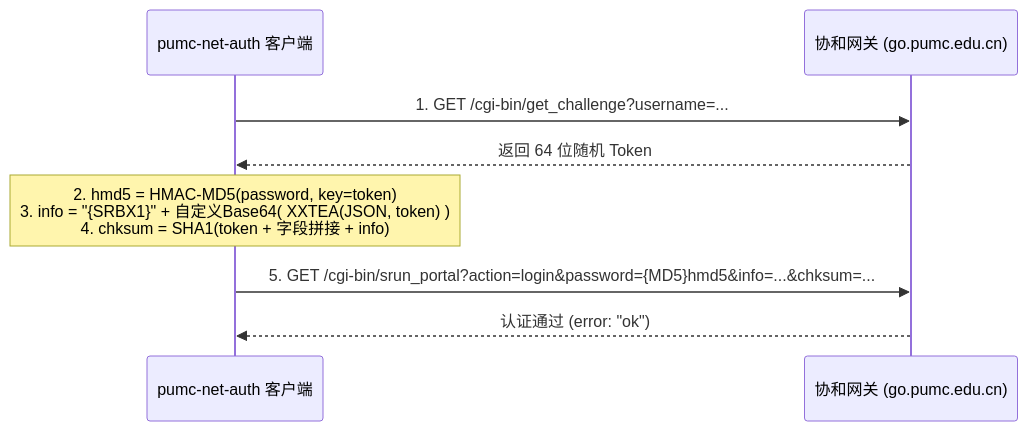
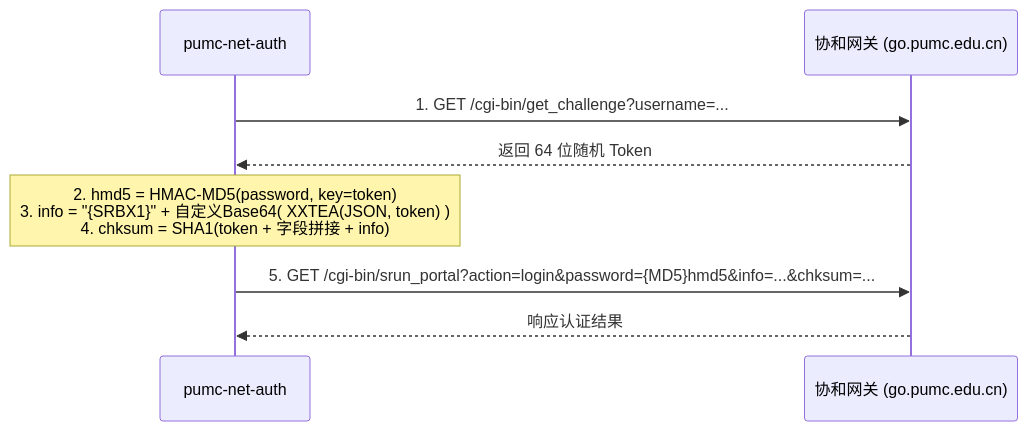
The diagram in README.md (Miyamiz39/pumc-net-auth), drawn with Mermaid before and after one commit. The commit also changed other lines of this file, not shown here.

````diff
--- a/README.md
+++ b/README.md
@@ -48,13 +45,13 @@
 ```mermaid
 sequenceDiagram
-    participant Client as pumc-net-auth 客户端
+    participant Client as pumc-net-auth
     participant Srun as 协和网关 (go.pumc.edu.cn)
 
     Client->>Srun: 1. GET /cgi-bin/get_challenge?username=...
     Srun-->>Client: 返回 64 位随机 Token
 
     Note over Client: 2. hmd5 = HMAC-MD5(password, key=token)<br/>3. info = "{SRBX1}" + 自定义Base64( XXTEA(JSON, token) )<br/>4. chksum = SHA1(token + 字段拼接 + info)
 
     Client->>Srun: 5. GET /cgi-bin/srun_portal?action=login&password={MD5}hmd5&info=...&chksum=...
-    Srun-->>Client: 认证通过 (error: "ok")
+    Srun-->>Client: 响应认证结果
 ```
````
